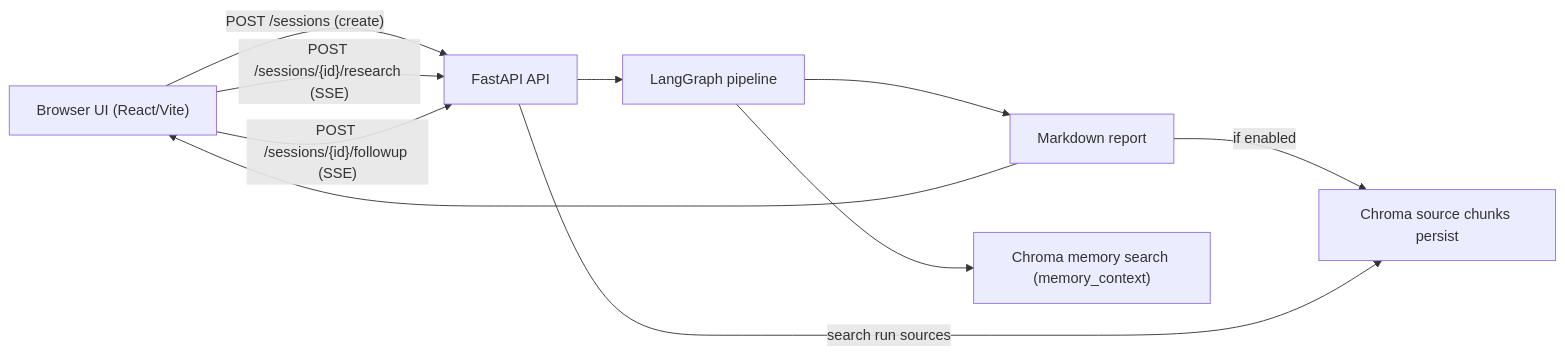
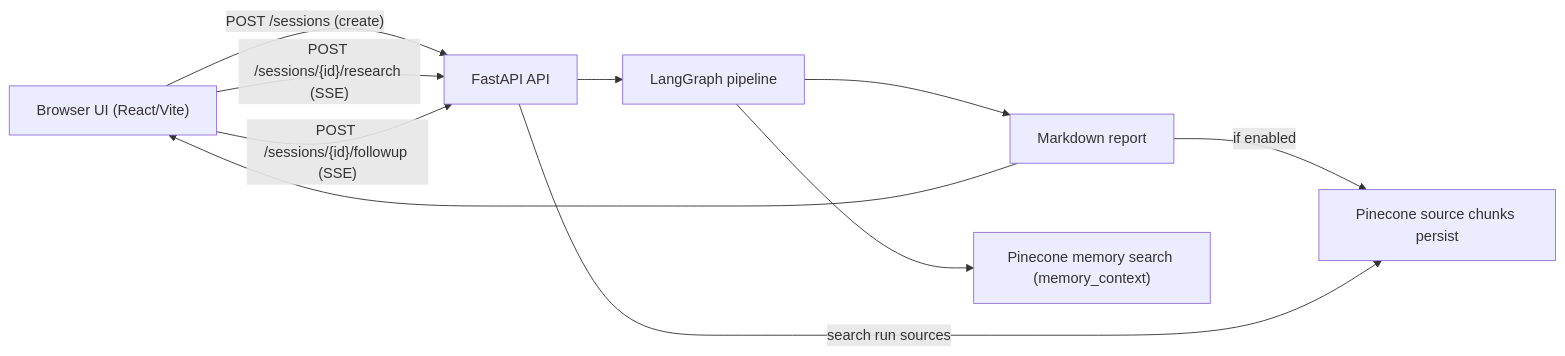
Before and after one commit to KostasCherv/research_agent: the second of 2 diagrams in README.md, drawn with Mermaid. The commit also changed other lines of this file and 10 other files, not shown here.

````diff
--- a/README.md
+++ b/README.md
@@ -151,12 +151,12 @@
 ```mermaid
 flowchart LR
     browser["Browser UI (React/Vite)"] -->|"POST /sessions (create)"| api["FastAPI API"]
     browser -->|"POST /sessions/{id}/research (SSE)"| api
     api --> pipelineFlow["LangGraph pipeline"]
     pipelineFlow --> reportOut["Markdown report"]
-    pipelineFlow --> memorySearch["Chroma memory search (memory_context)"]
-    reportOut -->|"if enabled"| chromaPersist["Chroma source chunks persist"]
+    pipelineFlow --> memorySearch["Pinecone memory search (memory_context)"]
+    reportOut -->|"if enabled"| chromaPersist["Pinecone source chunks persist"]
     reportOut --> browser
     browser -->|"POST /sessions/{id}/followup (SSE)"| api
     api -->|"search run sources"| chromaPersist
 ```
````
